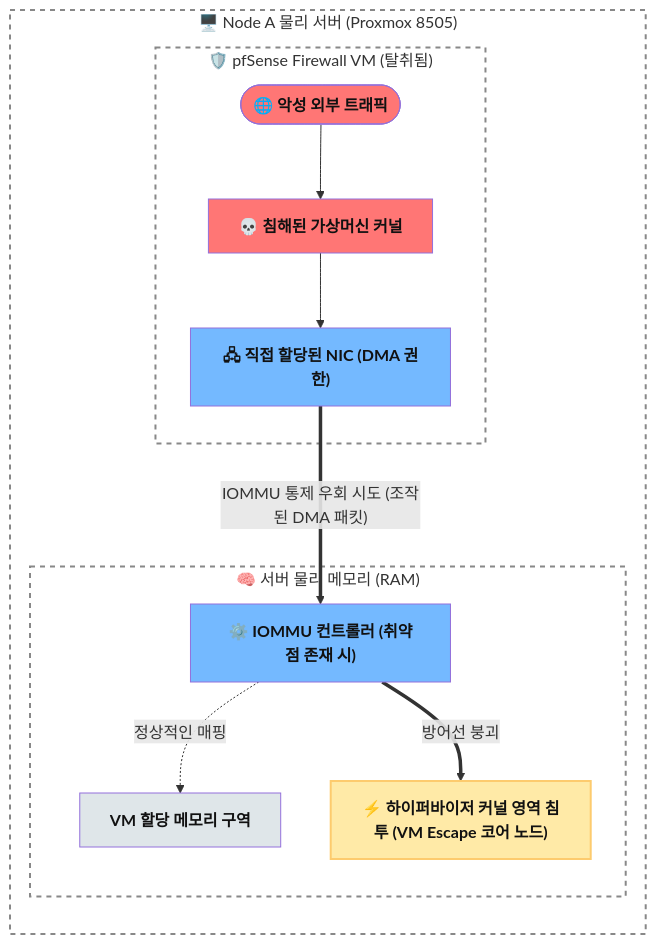
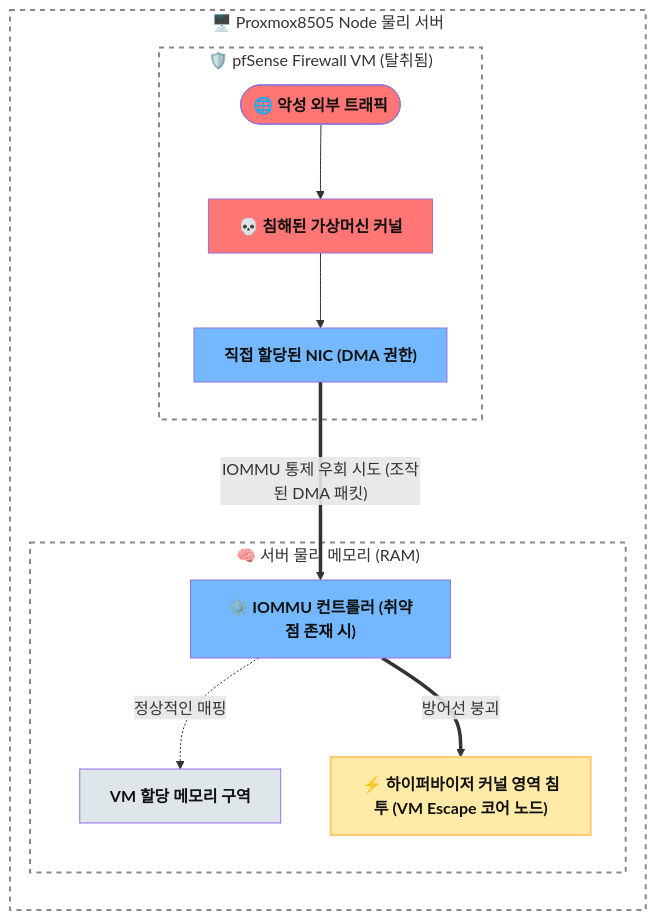
One commit to hwaserbit/hwaserbit.github.io changed the diagram in _posts/2026-05-05-structural-security-vulnerability-analysis-of-nic-passthrough.md. Above: the diagram before and after it, drawn with Mermaid.

Commit message:
아 다이어그램 Proxmox8505 Node로 수정

````diff
--- a/_posts/2026-05-05-structural-security-vulnerability-analysis-of-nic-passthrough.md
+++ b/_posts/2026-05-05-structural-security-vulnerability-analysis-of-nic-passthrough.md
@@ -94,29 +94,29 @@
 ```mermaid
 flowchart LR
     classDef default fill:#dfe6e9,color:#111,font-weight:bold;
     classDef core fill:#ffeaa7,color:#111,font-weight:bold,stroke:#fdcb6e,stroke-width:2px;
     classDef attacker fill:#ff7675,color:#111,font-weight:bold;
     classDef hardware fill:#74b9ff,color:#111,font-weight:bold;
 
-    subgraph NodeA ["🖥️ Node A 물리 서버 (Proxmox 8505)"]
-        style NodeA fill:transparent,stroke:#888,stroke-width:2px,stroke-dasharray:5,5
+    subgraph Proxmox8505_Node ["🖥️ Proxmox8505 Node 물리 서버"]
+        style Proxmox8505_Node fill:transparent,stroke:#888,stroke-width:2px,stroke-dasharray:5,5
 
         subgraph VM ["🛡️ pfSense Firewall VM (탈취됨)"]
             style VM fill:transparent,stroke:#888,stroke-width:2px,stroke-dasharray:5,5
             A(["🌐 악성 외부 트래픽"]) --> B["💀 침해된 가상머신 커널"]
-            B --> C["🖧 직접 할당된 NIC (DMA 권한)"]
+            B --> C[" 직접 할당된 NIC (DMA 권한)"]
         end
 
         C ==>|"IOMMU 통제 우회 시도 (조작된 DMA 패킷)"| D["⚙️ IOMMU 컨트롤러 (취약점 존재 시)"]
 
         subgraph Memory ["🧠 서버 물리 메모리 (RAM)"]
             style Memory fill:transparent,stroke:#888,stroke-width:2px,stroke-dasharray:5,5
             D -.->|"정상적인 매핑"| E["VM 할당 메모리 구역"]
             D ==>|"방어선 붕괴"| F["⚡ 하이퍼바이저 커널 영역 침투 (VM Escape 코어 노드)"]
         end
     end
 
     class A,B attacker;
     class C,D hardware;
     class F core;
 ```
````
